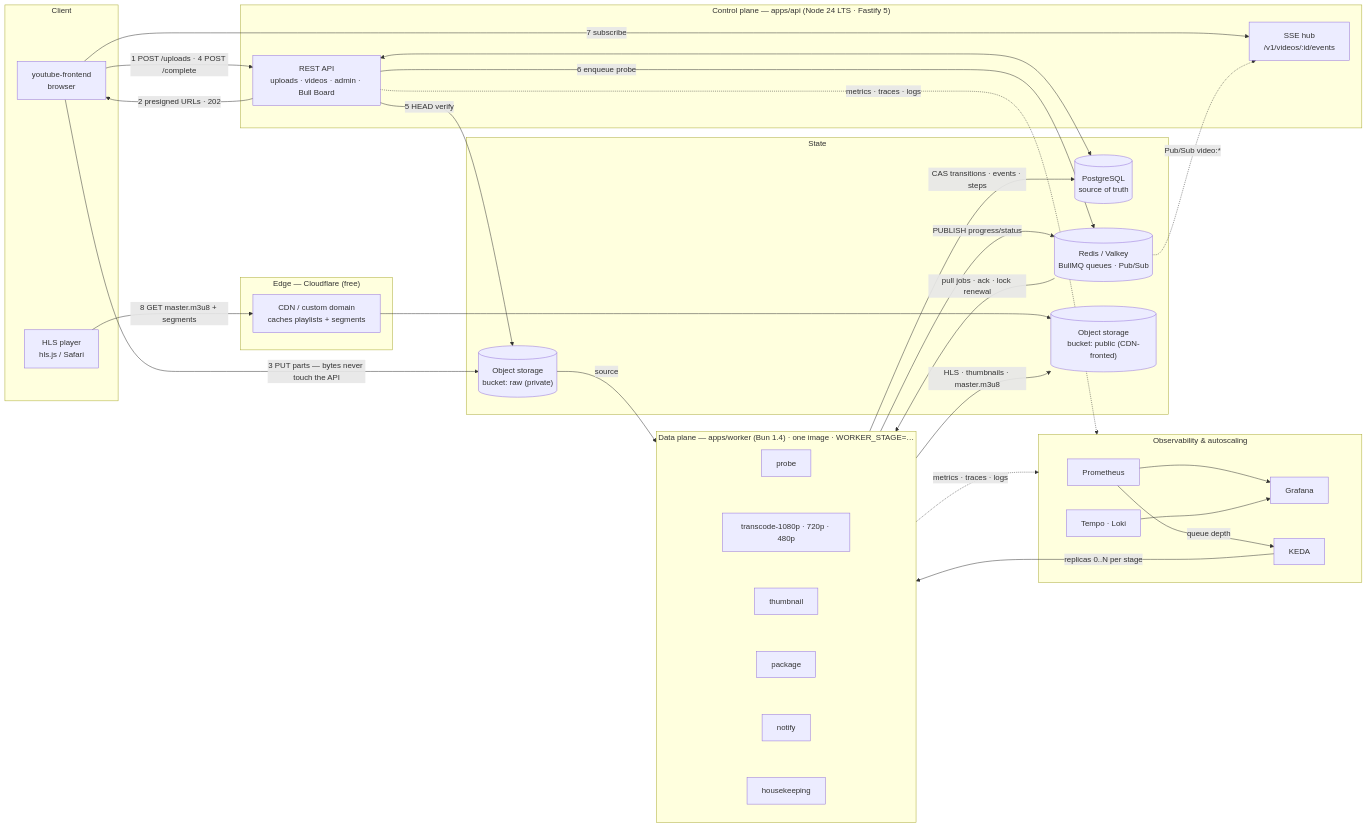
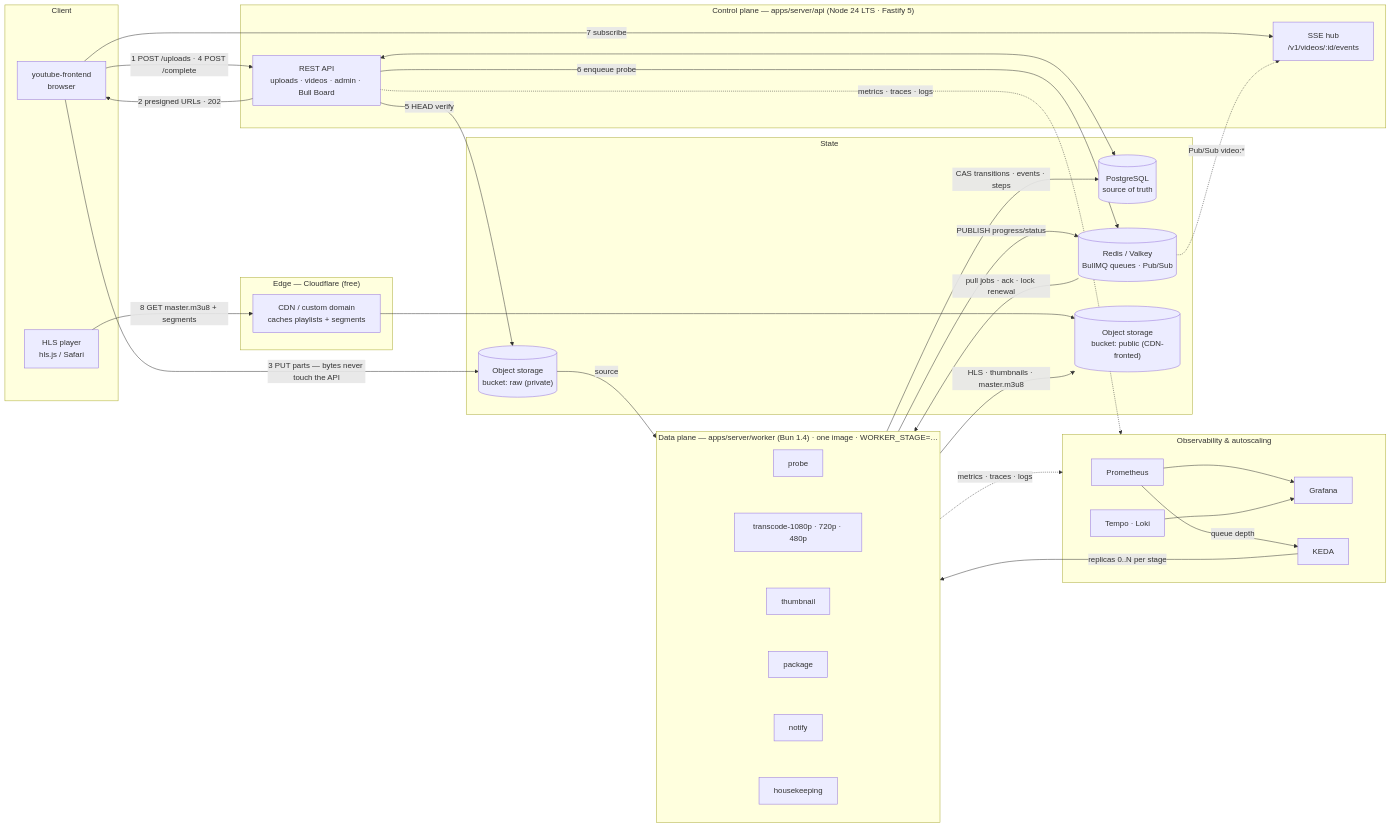
The first of 9 diagrams in docs/SDD.md (szebest/taitube-platform), drawn with Mermaid before and after one commit. The commit also changed other lines of this file and 347 other files, not shown here.

Commit message:
92: point every path at apps/server and apps/client

````diff
--- a/docs/SDD.md
+++ b/docs/SDD.md
@@ -80,55 +80,55 @@
 ```mermaid
 flowchart LR
     subgraph Client
         FE["youtube-frontend<br/>browser"]
         PLAYER["HLS player<br/>hls.js / Safari"]
     end
 
     subgraph Edge["Edge — Cloudflare (free)"]
         CDN["CDN / custom domain<br/>caches playlists + segments"]
     end
 
-    subgraph API_PLANE["Control plane — apps/api (Node 24 LTS · Fastify 5)"]
+    subgraph API_PLANE["Control plane — apps/server/api (Node 24 LTS · Fastify 5)"]
         API["REST API<br/>uploads · videos · admin · Bull Board"]
         SSE["SSE hub<br/>/v1/videos/:id/events"]
     end
 
     subgraph State
         PG[("PostgreSQL<br/>source of truth")]
         REDIS[("Redis / Valkey<br/>BullMQ queues · Pub/Sub")]
         RAW[("Object storage<br/>bucket: raw (private)")]
         PUB[("Object storage<br/>bucket: public (CDN-fronted)")]
     end
 
-    subgraph WORKERS["Data plane — apps/worker (Bun 1.4) · one image · WORKER_STAGE=…"]
+    subgraph WORKERS["Data plane — apps/server/worker (Bun 1.4) · one image · WORKER_STAGE=…"]
         direction TB
         W1["probe"] ~~~ W2["transcode-1080p · 720p · 480p"] ~~~ W3["thumbnail"] ~~~ W4["package"] ~~~ W5["notify"] ~~~ W6["housekeeping"]
     end
 
     subgraph OBS["Observability & autoscaling"]
         PROM["Prometheus"] --> GRAF["Grafana"]
         TEMPO["Tempo · Loki"] --> GRAF
         PROM -- "queue depth" --> KEDA["KEDA"]
     end
 
     FE -- "1 POST /uploads · 4 POST /complete" --> API
     API -- "2 presigned URLs · 202" --> FE
     FE -- "3 PUT parts — bytes never touch the API" --> RAW
     API -- "5 HEAD verify" --> RAW
     API -- "6 enqueue probe" --> REDIS
     API <--> PG
     FE -- "7 subscribe" --> SSE
     REDIS -. "Pub/Sub video:*" .-> SSE
 
     REDIS -- "pull jobs · ack · lock renewal" --> WORKERS
     WORKERS -- "CAS transitions · events · steps" --> PG
     RAW -- "source" --> WORKERS
     WORKERS -- "HLS · thumbnails · master.m3u8" --> PUB
     WORKERS -- "PUBLISH progress/status" --> REDIS
 
     PLAYER -- "8 GET master.m3u8 + segments" --> CDN --> PUB
 
     API -. "metrics · traces · logs" .-> OBS
     WORKERS -. "metrics · traces · logs" .-> OBS
     KEDA -- "replicas 0..N per stage" --> WORKERS
 ```
````
